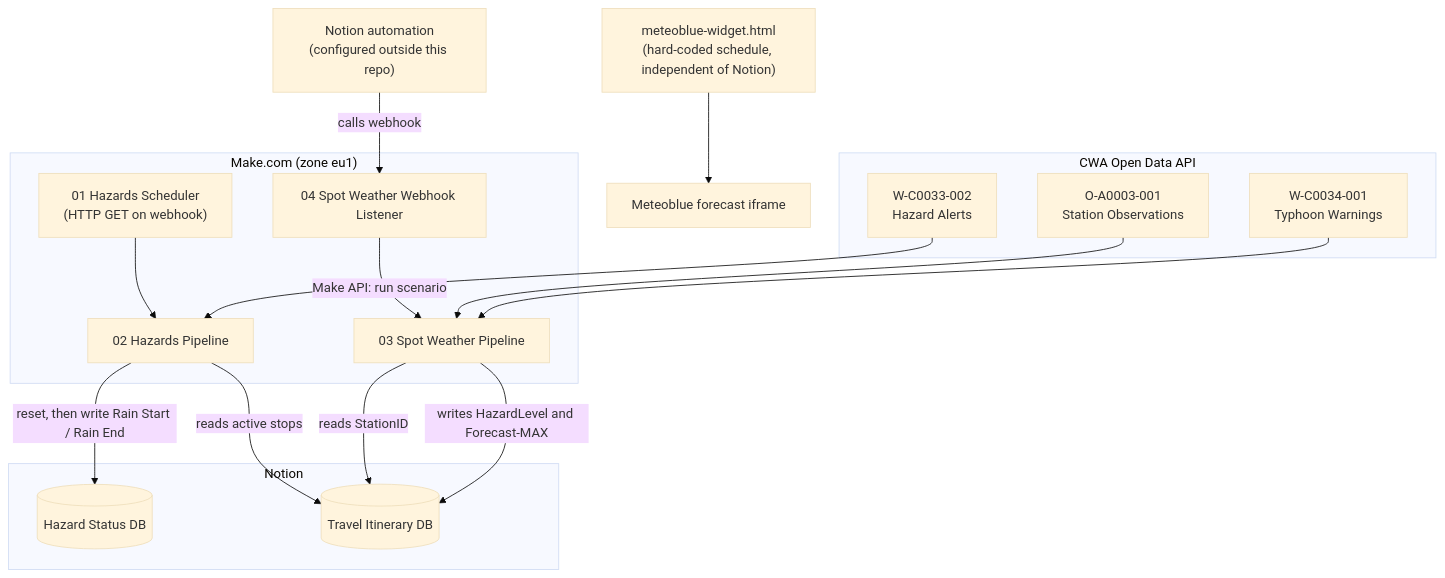
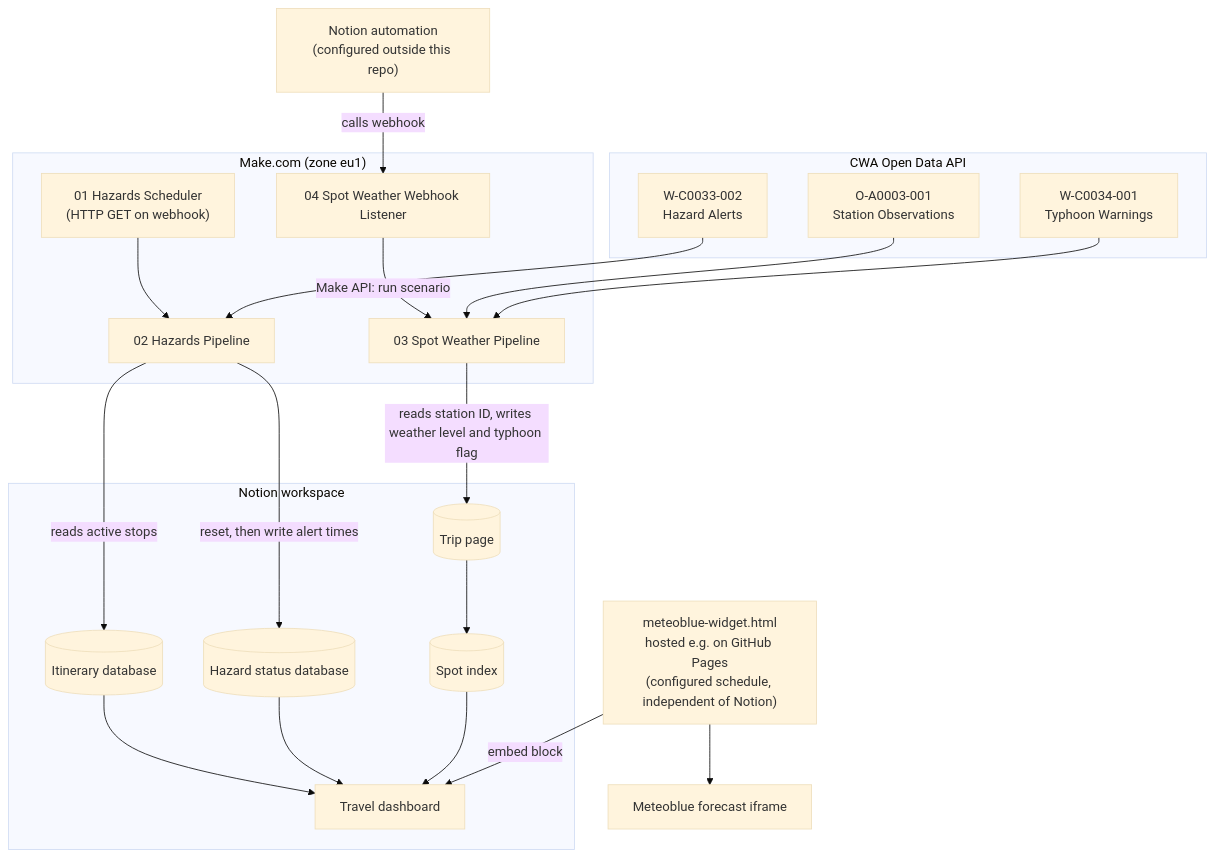
One commit to bisch2306/travel-weather-intelligence-system changed the diagram in README.md. Above: the diagram before and after it, drawn with Mermaid (base theme). The commit also changed other lines of this file, not shown here.

````diff
--- a/README.md
+++ b/README.md
@@ -20,30 +21,37 @@
 ```mermaid
 graph TD
     subgraph CWA["CWA Open Data API"]
         A1["W-C0033-002<br/>Hazard Alerts"]
         A2["O-A0003-001<br/>Station Observations"]
         A3["W-C0034-001<br/>Typhoon Warnings"]
     end
 
     subgraph Make["Make.com (zone eu1)"]
         S1["01 Hazards Scheduler<br/>(HTTP GET on webhook)"] --> H["02 Hazards Pipeline"]
         W1["04 Spot Weather Webhook Listener"] -->|"Make API: run scenario"| P["03 Spot Weather Pipeline"]
     end
 
     T["Notion automation<br/>(configured outside this repo)"] -->|"calls webhook"| W1
 
-    subgraph Notion["Notion"]
-        HD[("Hazard Status DB")]
-        ID[("Travel Itinerary DB")]
+    subgraph Notion["Notion workspace"]
+        HD[("Hazard status database")]
+        ID[("Itinerary database")]
+        TR[("Trip page")]
+        SP[("Spot index")]
+        DB["Travel dashboard"]
     end
 
     A1 --> H
     A2 --> P
     A3 --> P
     H -->|"reads active stops"| ID
-    H -->|"reset, then write Rain Start / Rain End"| HD
-    P -->|"reads StationID"| ID
-    P -->|"writes HazardLevel and Forecast-MAX"| ID
+    H -->|"reset, then write alert times"| HD
+    P -->|"reads station ID, writes weather level and typhoon flag"| TR
+    TR --> SP
+    ID --> DB
+    HD --> DB
+    SP --> DB
 
-    WG["meteoblue-widget.html<br/>(hard-coded schedule, independent of Notion)"] --> MB["Meteoblue forecast iframe"]
+    WG["meteoblue-widget.html<br/>hosted e.g. on GitHub Pages<br/>(configured schedule, independent of Notion)"] -->|"embed block"| DB
+    WG --> MB["Meteoblue forecast iframe"]
 ```
````
